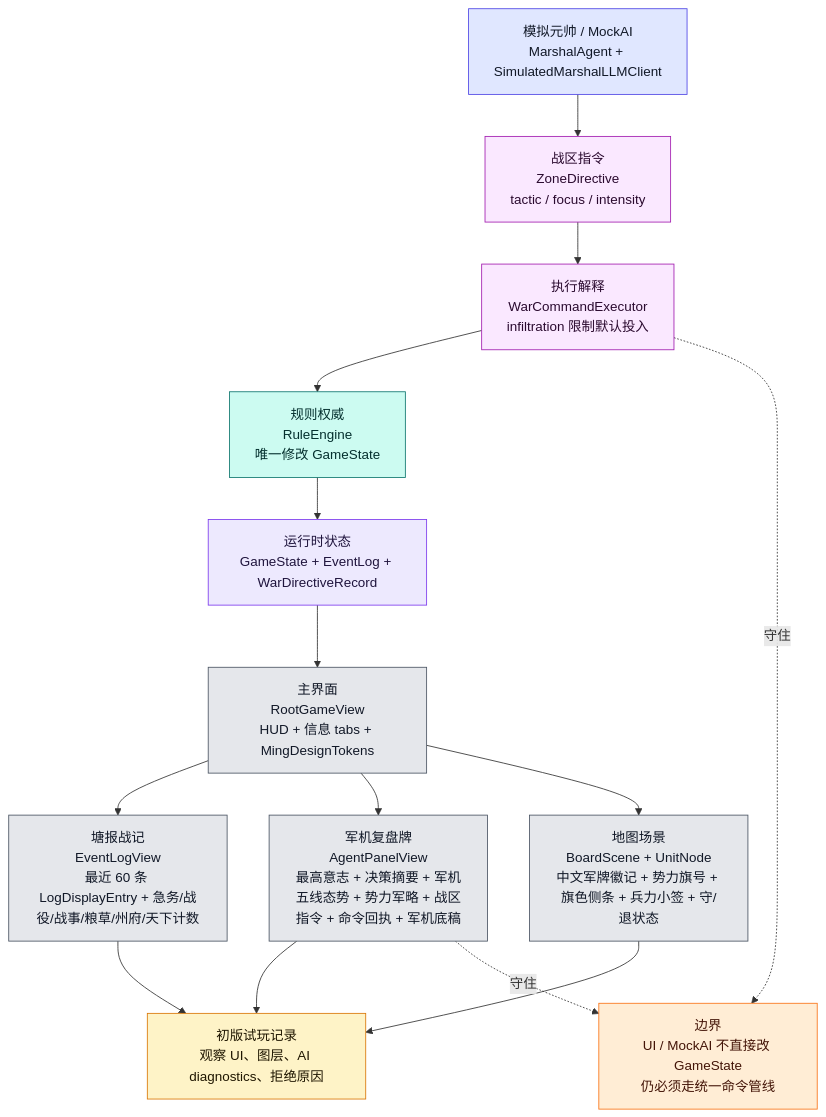
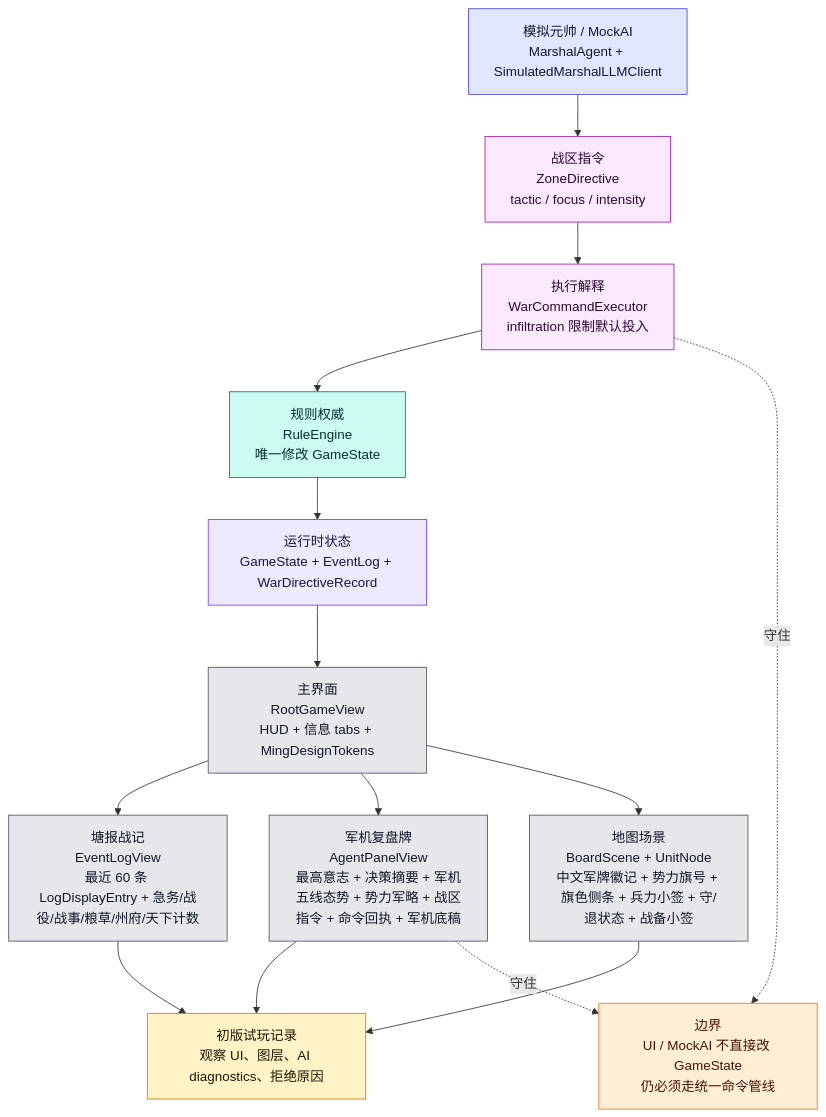
Before and after one commit to Altman-sam114/123: the eighth of 9 diagrams in md/flow/flowchart.md, drawn with Mermaid. The commit also changed other lines of this file and 6 other files, not shown here.

````diff
--- a/md/flow/flowchart.md
+++ b/md/flow/flowchart.md
@@ -482,34 +482,34 @@
 ```mermaid
 flowchart TD
     STATE["运行时状态<br/>GameState + EventLog + WarDirectiveRecord"]:::state
     ROOT["主界面<br/>RootGameView<br/>HUD + 信息 tabs + MingDesignTokens"]:::ui
     LOG["塘报战记<br/>EventLogView<br/>最近 60 条 LogDisplayEntry + 急务/战役/战事/粮草/州府/天下计数"]:::ui
     AIUI["军机复盘牌<br/>AgentPanelView<br/>最高意志 + 决策摘要 + 军机五线态势 + 势力军略 + 战区指令 + 命令回执 + 军机底稿"]:::ui
-    BOARD["地图场景<br/>BoardScene + UnitNode<br/>中文军牌徽记 + 势力旗号 + 旗色侧条 + 兵力小签 + 守/退状态"]:::ui
+    BOARD["地图场景<br/>BoardScene + UnitNode<br/>中文军牌徽记 + 势力旗号 + 旗色侧条 + 兵力小签 + 守/退状态 + 战备小签"]:::ui
     MARSHAL["模拟元帅 / MockAI<br/>MarshalAgent + SimulatedMarshalLLMClient"]:::ai
     ZD["战区指令<br/>ZoneDirective<br/>tactic / focus / intensity"]:::command
     WCE["执行解释<br/>WarCommandExecutor<br/>infiltration 限制默认投入"]:::command
     RULE["规则权威<br/>RuleEngine<br/>唯一修改 GameState"]:::rules
     PLAYTEST["初版试玩记录<br/>观察 UI、图层、AI diagnostics、拒绝原因"]:::doc
 
     STATE --> ROOT
     ROOT --> LOG
     ROOT --> AIUI
     ROOT --> BOARD
     MARSHAL --> ZD --> WCE --> RULE --> STATE
     AIUI --> PLAYTEST
     LOG --> PLAYTEST
     BOARD --> PLAYTEST
 
     WARN["边界<br/>UI / MockAI 不直接改 GameState<br/>仍必须走统一命令管线"]:::warn
     AIUI -.守住.-> WARN
     WCE -.守住.-> WARN
 
     classDef state fill:#ede9fe,stroke:#7c3aed,color:#1f143d
     classDef ui fill:#e5e7eb,stroke:#4b5563,color:#111827
     classDef ai fill:#e0e7ff,stroke:#4f46e5,color:#111827
     classDef command fill:#fae8ff,stroke:#a21caf,color:#2a0a2f
     classDef rules fill:#ccfbf1,stroke:#0f766e,color:#042f2e
     classDef doc fill:#fef3c7,stroke:#d97706,color:#1f1600
     classDef warn fill:#ffedd5,stroke:#f97316,color:#431407
 ```
````
